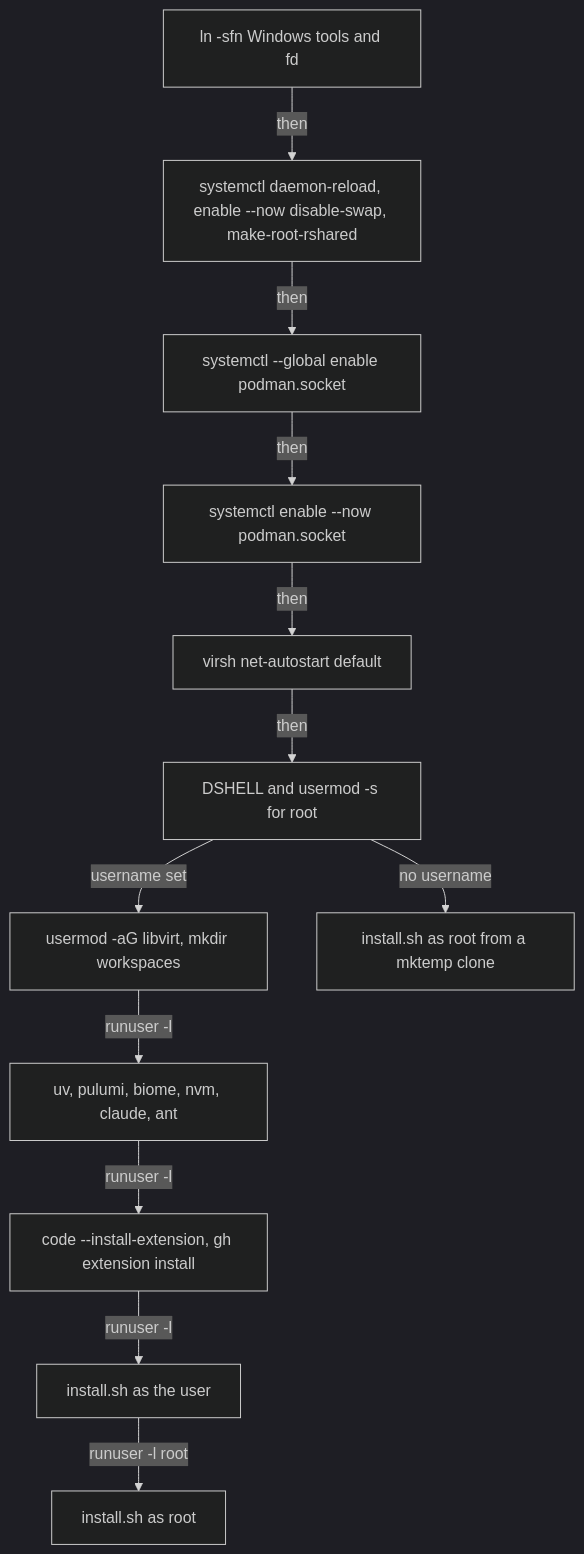
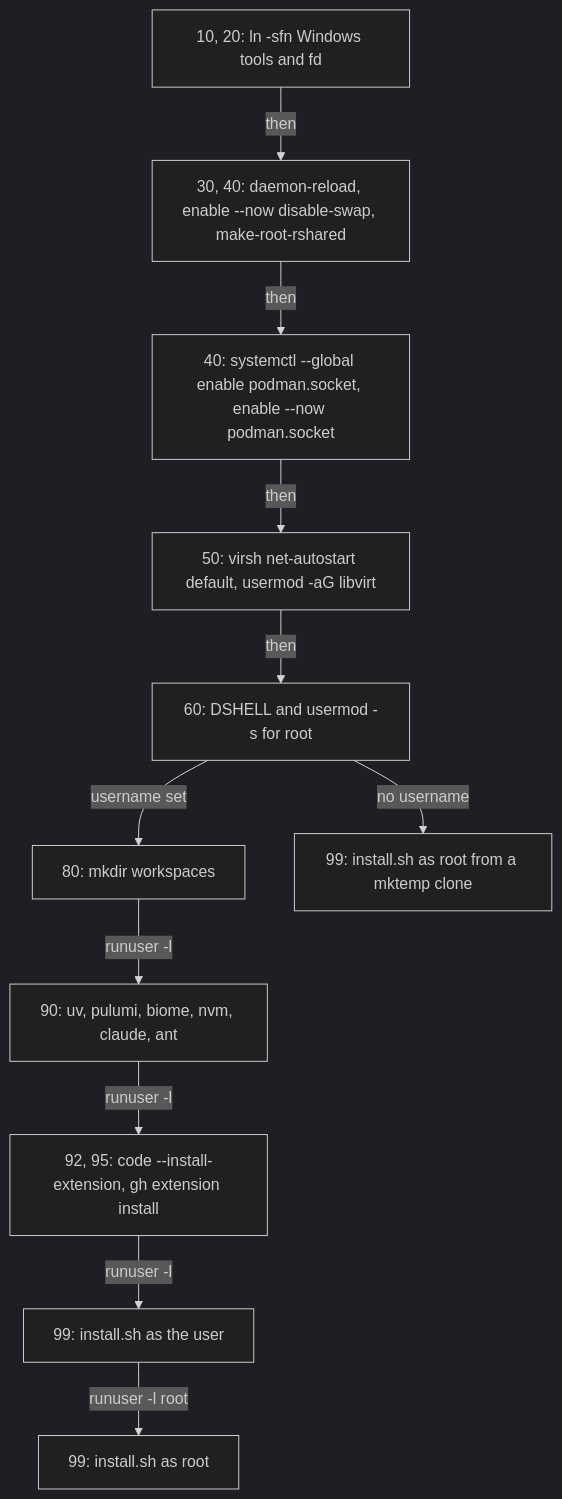
One commit to froazin/wsl changed the third of 3 diagrams in docs/provisioning.md. Above: the diagram before and after it, drawn with Mermaid (dark theme). The commit also changed other lines of this file and 62 other files, not shown here.

First line of the commit message:
feat(cloud-init): Create a user-data for each distro, built from shared fragments (#9)

````diff
--- a/docs/provisioning.md
+++ b/docs/provisioning.md
@@ -100,16 +104,15 @@
 ```mermaid
 flowchart TD
     accTitle: runcmd order
-    accDescr: runcmd links the Windows tools and fd, enables system units and the global podman socket, sets zsh for new users and root, then either sets up the named user and runs install.sh for the user and root, or runs install.sh for root from a temporary clone.
-    links["ln -sfn Windows tools and fd"] -->|then| units["systemctl daemon-reload, enable --now disable-swap, make-root-rshared"]
-    units -->|then| global["systemctl --global enable podman.socket"]
-    global -->|then| sys["systemctl enable --now podman.socket"]
-    sys -->|then| virsh["virsh net-autostart default"]
-    virsh -->|then| shells["DSHELL and usermod -s for root"]
-    shells -->|username set| prep["usermod -aG libvirt, mkdir workspaces"]
-    prep -->|runuser -l| tools["uv, pulumi, biome, nvm, claude, ant"]
-    tools -->|runuser -l| ext["code --install-extension, gh extension install"]
-    ext -->|runuser -l| userinstall["install.sh as the user"]
-    userinstall -->|runuser -l root| rootinstall["install.sh as root"]
-    shells -->|no username| tmp["install.sh as root from a mktemp clone"]
+    accDescr: runcmd runs the fragments' entries in name order. It links the Windows tools and fd, enables the system units and the global podman socket, sets up libvirt, sets zsh for new users and root, then either makes the user's workspaces, installs their tools and extensions and runs install.sh for the user and root, or runs install.sh for root from a temporary clone.
+    links["10, 20: ln -sfn Windows tools and fd"] -->|then| units["30, 40: daemon-reload, enable --now disable-swap, make-root-rshared"]
+    units -->|then| global["40: systemctl --global enable podman.socket, enable --now podman.socket"]
+    global -->|then| virsh["50: virsh net-autostart default, usermod -aG libvirt"]
+    virsh -->|then| shells["60: DSHELL and usermod -s for root"]
+    shells -->|username set| prep["80: mkdir workspaces"]
+    prep -->|runuser -l| tools["90: uv, pulumi, biome, nvm, claude, ant"]
+    tools -->|runuser -l| ext["92, 95: code --install-extension, gh extension install"]
+    ext -->|runuser -l| userinstall["99: install.sh as the user"]
+    userinstall -->|runuser -l root| rootinstall["99: install.sh as root"]
+    shells -->|no username| tmp["99: install.sh as root from a mktemp clone"]
 ```
````
